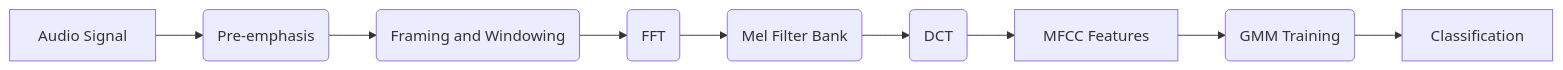
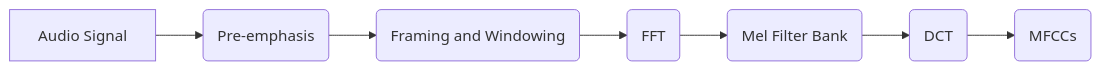
One commit to Wanghley/speech-digit-recognition changed the second of 5 diagrams in docs/report/main.md. Above: the diagram before and after it, drawn with Mermaid. The commit also changed other lines of this file and 7 other files, not shown here.

````diff
--- a/docs/report/main.md
+++ b/docs/report/main.md
@@ -60,11 +187,9 @@
-```{mermaid}
+``` mermaid
 graph LR
     A[Audio Signal] --> B(Pre-emphasis)
     B --> C(Framing and Windowing)
     C --> D(FFT)
     D --> E(Mel Filter Bank)
     E --> F(DCT)
-    F --> G[MFCC Features]
-    G --> H(GMM Training)
-    H --> I[Classification]
+    F --> G(MFCCs)
 ```
````
